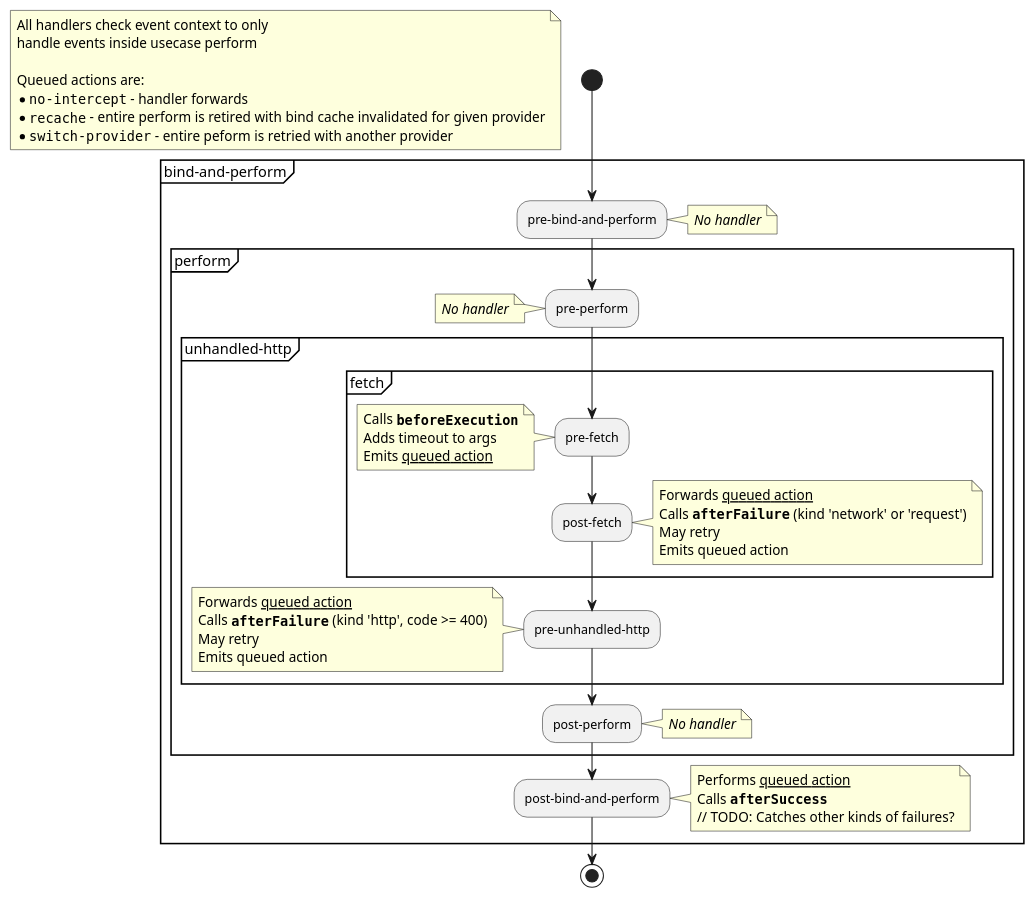
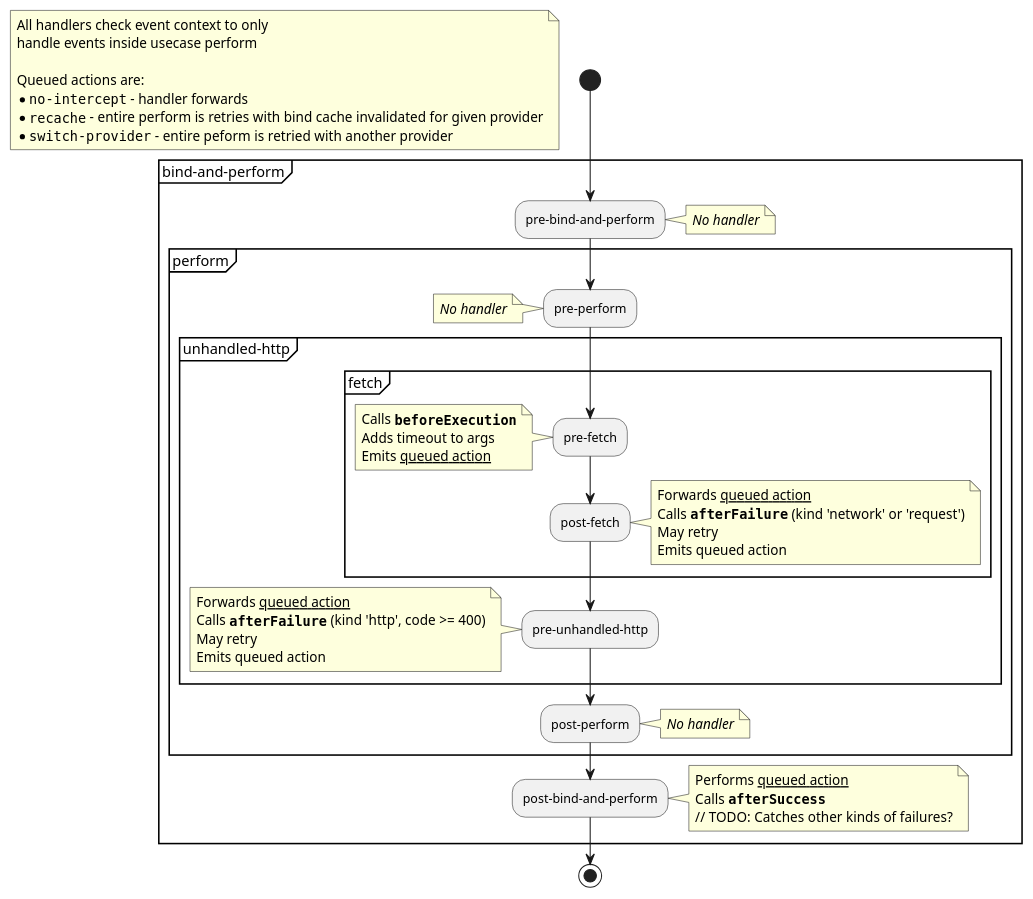
Before and after one commit to superfaceai/one-sdk-js: the diagram in docs/client/failure/diagram_failover_hooks.puml, drawn with PlantUML. The commit also changed 1 other file, not shown here.

Commit message:
chore: fix typo in diagram again

```diff
--- a/docs/client/failure/diagram_failover_hooks.puml
+++ b/docs/client/failure/diagram_failover_hooks.puml
@@ -1,69 +1,69 @@
 @startuml
 
 start
 
 floating note
 	All handlers check event context to only
 	handle events inside usecase perform
 
 	Queued actions are:
 	* ""no-intercept"" - handler forwards
-	* ""recache"" - entire perform is retired with bind cache invalidated for given provider
+	* ""recache"" - entire perform is retries with bind cache invalidated for given provider
 	* ""switch-provider"" - entire peform is retried with another provider
 end note
 
 partition bind-and-perform {
 	:pre-bind-and-perform;
 	note right
 		//No handler//
 	end note
 
 	partition perform {
 		:pre-perform;
 		note left
 			//No handler//
 		end note
 
 		partition unhandled-http {
 			partition fetch {
 				:pre-fetch;
 				note left
 					Calls **""beforeExecution""**
 					Adds timeout to args
 					Emits __queued action__
 				end note
 
 				:post-fetch;
 				note right
 					Forwards __queued action__
 					Calls **""afterFailure""** (kind 'network' or 'request')
 					May retry
 					Emits queued action
 				end note
 			}
 			:pre-unhandled-http;
 			note left
 				Forwards __queued action__
 				Calls **""afterFailure""** (kind 'http', code >= 400)
 				May retry
 				Emits queued action
 			end note
 		}
 
 		:post-perform;
 		note right
 			//No handler//
 		end note
 	}
 
 	:post-bind-and-perform;
 	note right
 		Performs __queued action__
 		Calls **""afterSuccess""**
 		// TODO: Catches other kinds of failures?
 	end note
 }
 
 stop
 
 @enduml
```
